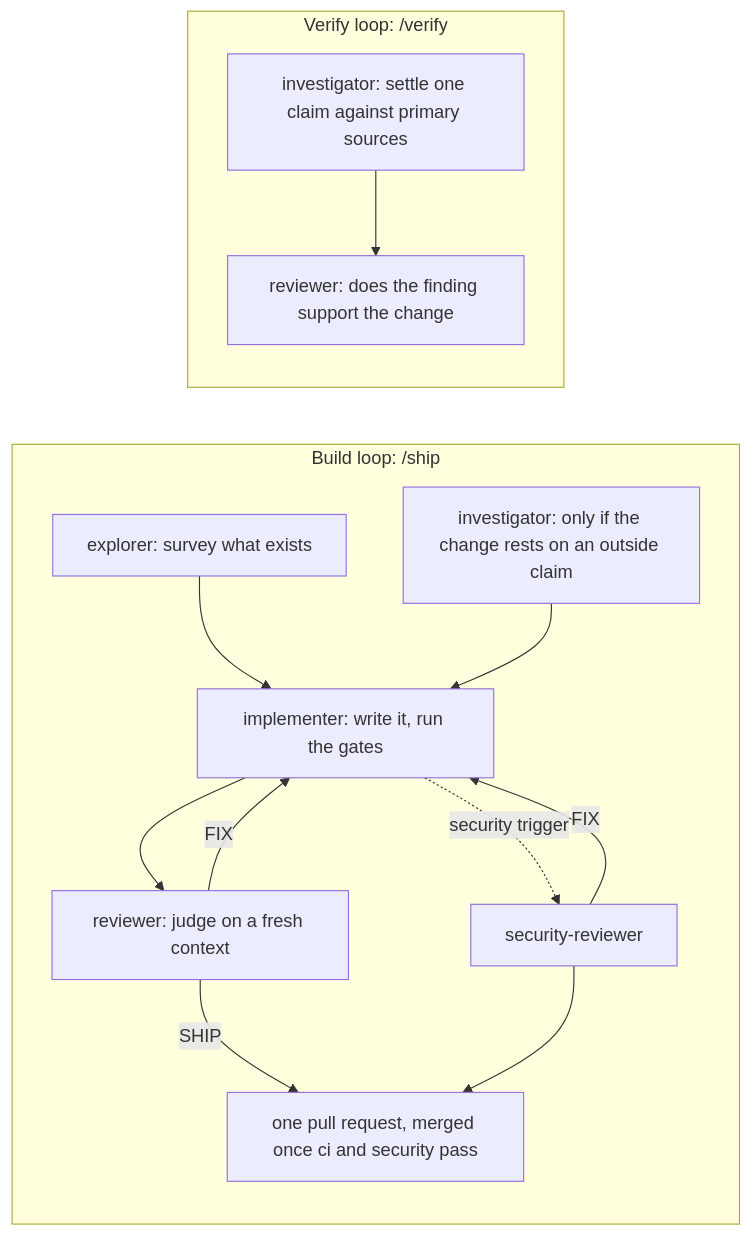
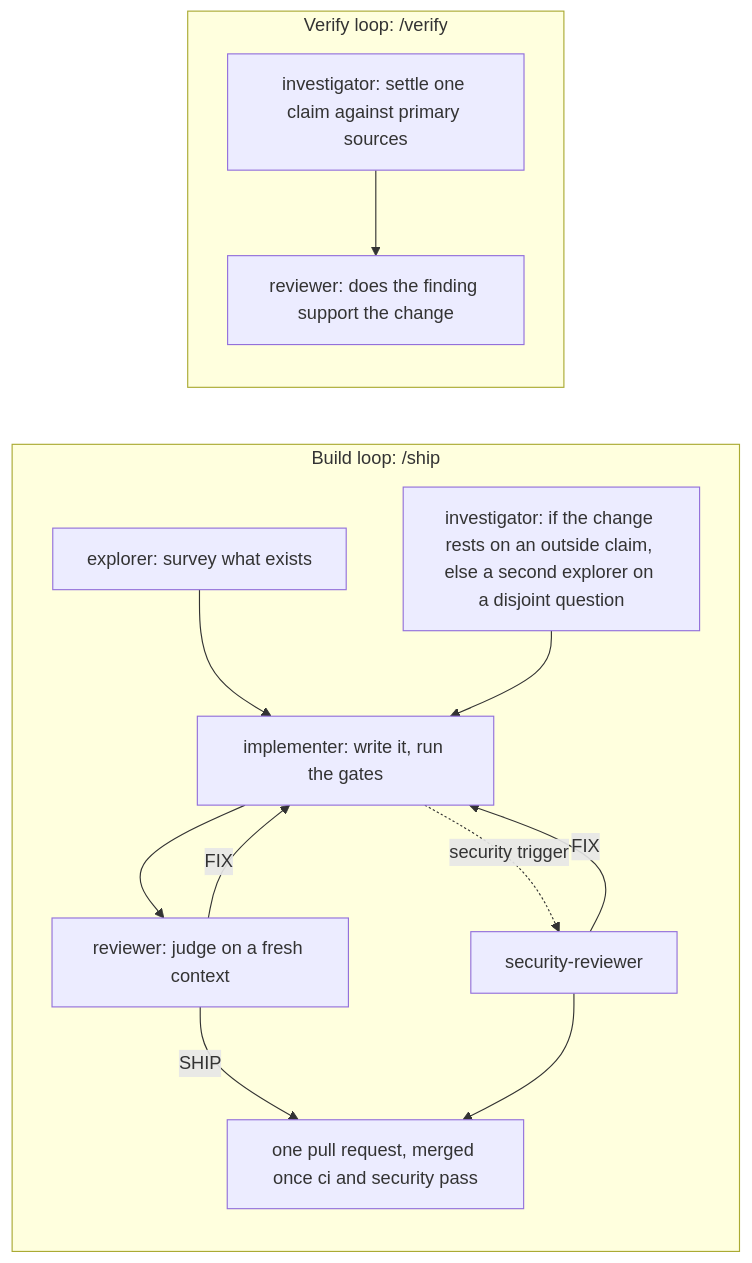
The first of 2 diagrams in README.md (greenblacked/AI), drawn with Mermaid before and after one commit. The commit also changed other lines of this file, not shown here.

````diff
--- a/README.md
+++ b/README.md
@@ -113,16 +119,16 @@
 ```mermaid
 flowchart LR
   subgraph build["Build loop: /ship"]
     EX["explorer: survey what exists"] --> IM["implementer: write it, run the gates"]
-    IV["investigator: only if the change rests on an outside claim"] --> IM
+    IV["investigator: if the change rests on an outside claim, else a second explorer on a disjoint question"] --> IM
     IM --> RV["reviewer: judge on a fresh context"]
     IM -.->|"security trigger"| SR["security-reviewer"]
     RV -->|"FIX"| IM
     RV -->|"SHIP"| PR["one pull request, merged once ci and security pass"]
     SR --> PR
     SR -->|"FIX"| IM
   end
   subgraph verify["Verify loop: /verify"]
     IV2["investigator: settle one claim against primary sources"] --> RV2["reviewer: does the finding support the change"]
   end
 ```
````
